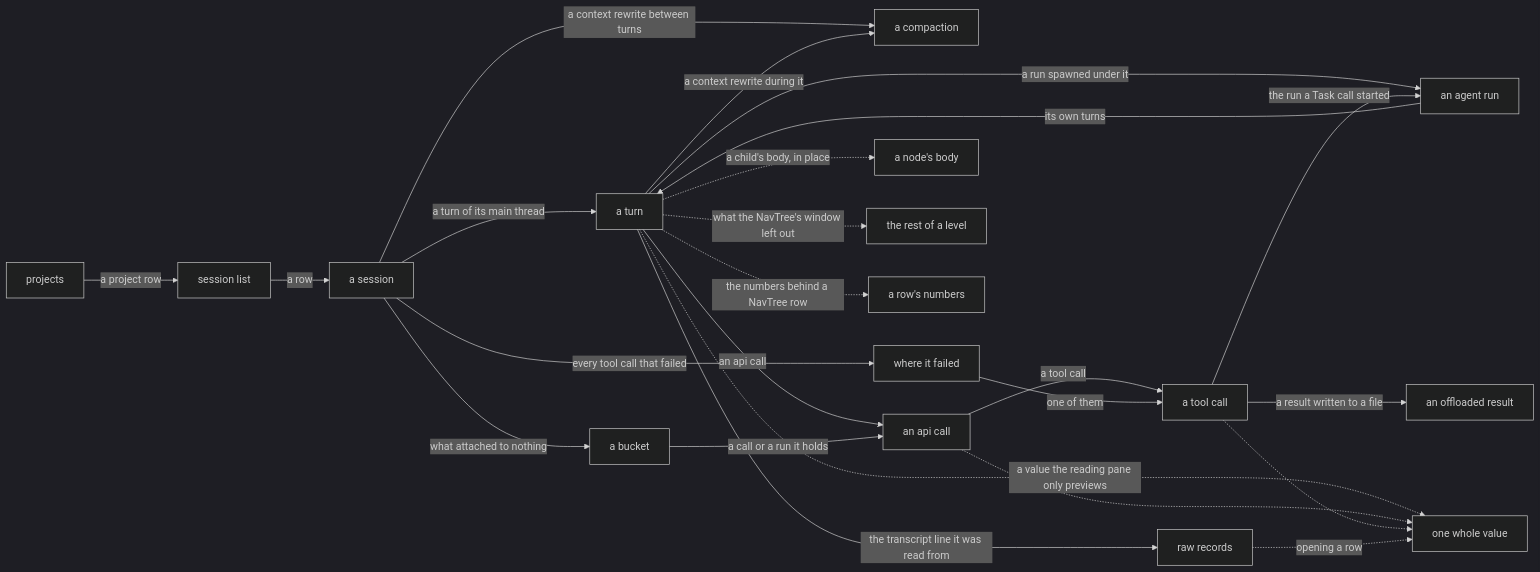
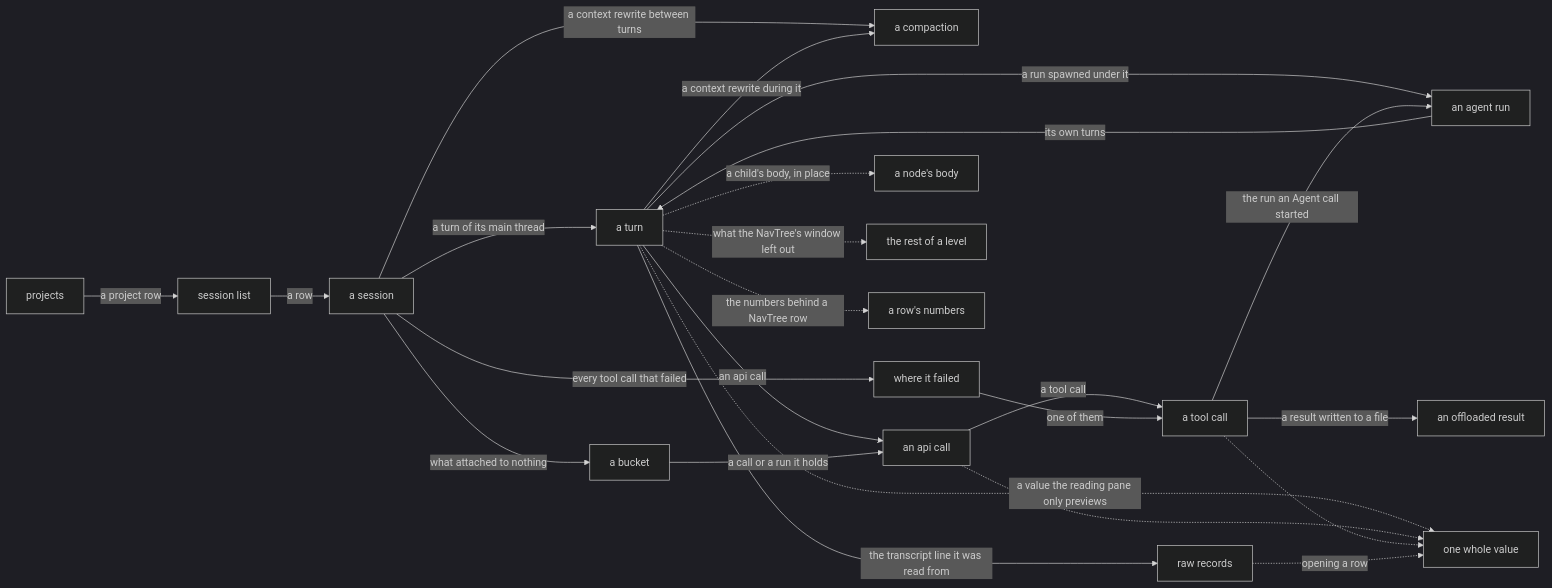
Before and after one commit to nathanielobrown/aiobserve: the diagram in docs/viewer.md, drawn with Mermaid (dark theme). The commit also changed other lines of this file and 10 other files, not shown here.

````diff
--- a/docs/viewer.md
+++ b/docs/viewer.md
@@ -9,26 +9,26 @@
 ```mermaid
 flowchart LR
     projects["projects"] -->|"a project row"| session_list["session list"]
     session_list -->|"a row"| session["a session"]
     session -->|"a turn of its main thread"| turn["a turn"]
     session -->|"a context rewrite between turns"| compaction["a compaction"]
     turn -->|"a context rewrite during it"| compaction
     session -->|"what attached to nothing"| bucket["a bucket"]
     turn -->|"an api call"| api_call["an api call"]
     turn -->|"a run spawned under it"| run["an agent run"]
     api_call -->|"a tool call"| tool["a tool call"]
-    tool -->|"the run a Task call started"| run
+    tool -->|"the run an Agent call started"| run
     run -->|"its own turns"| turn
     session -->|"every tool call that failed"| errors["where it failed"]
     errors -->|"one of them"| tool
     bucket -->|"a call or a run it holds"| api_call
     turn -->|"the transcript line it was read from"| records["raw records"]
     tool -->|"a result written to a file"| offload["an offloaded result"]
     turn -.->|"a value the reading pane only previews"| value["one whole value"]
     api_call -.-> value
     tool -.-> value
     records -.->|"opening a row"| value
     turn -.->|"a child's body, in place"| body["a node's body"]
     turn -.->|"what the NavTree's window left out"| kin["the rest of a level"]
     turn -.->|"the numbers behind a NavTree row"| numbers["a row's numbers"]
 ```
````
